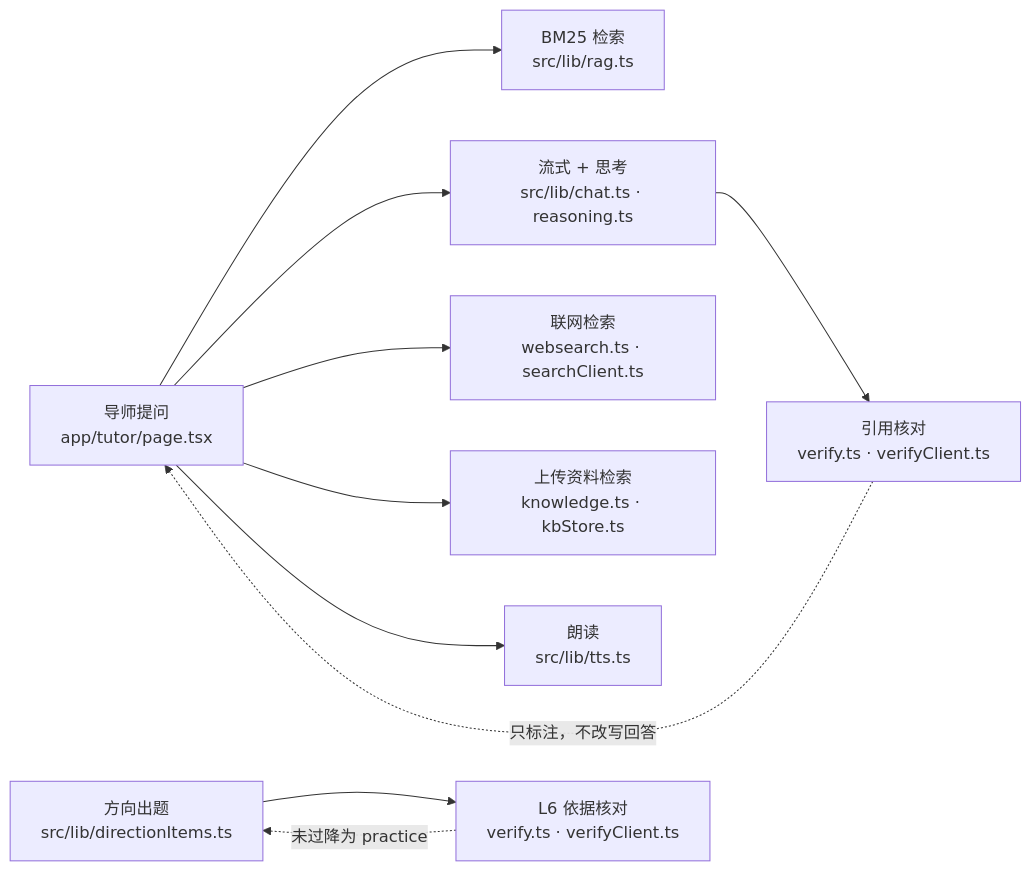
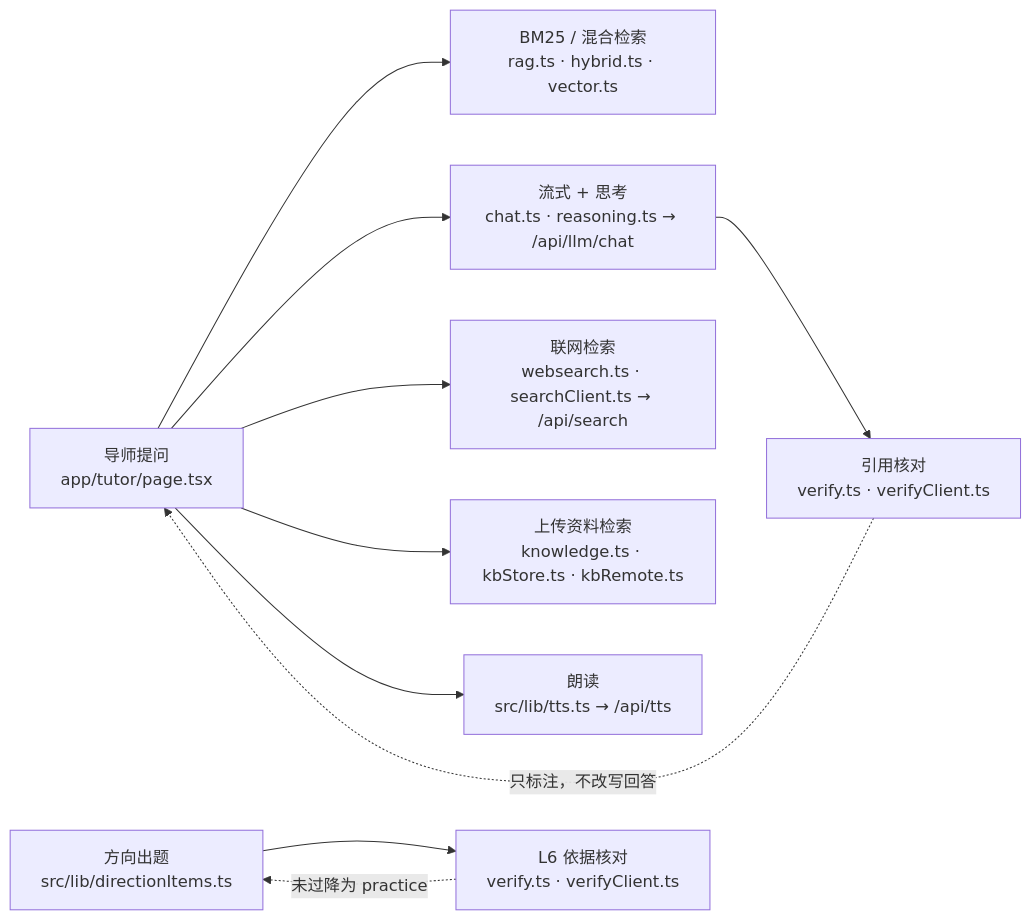
One commit to Jasonsomelike/chuanzhibei-ai-web-adaptive-learning changed the second of 3 diagrams in README.md. Above: the diagram before and after it, drawn with Mermaid. The commit also changed other lines of this file and 111 other files, not shown here.

````diff
--- a/README.md
+++ b/README.md
@@ -46,12 +46,12 @@
 ```mermaid
 flowchart LR
-  Q["导师提问<br/>app/tutor/page.tsx"] --> R["BM25 检索<br/>src/lib/rag.ts"]
-  Q --> S["流式 + 思考<br/>src/lib/chat.ts · reasoning.ts"]
-  Q --> W["联网检索<br/>websearch.ts · searchClient.ts"]
-  Q --> U["上传资料检索<br/>knowledge.ts · kbStore.ts"]
+  Q["导师提问<br/>app/tutor/page.tsx"] --> R["BM25 / 混合检索<br/>rag.ts · hybrid.ts · vector.ts"]
+  Q --> S["流式 + 思考<br/>chat.ts · reasoning.ts → /api/llm/chat"]
+  Q --> W["联网检索<br/>websearch.ts · searchClient.ts → /api/search"]
+  Q --> U["上传资料检索<br/>knowledge.ts · kbStore.ts · kbRemote.ts"]
   S --> V["引用核对<br/>verify.ts · verifyClient.ts"]
   D["方向出题<br/>src/lib/directionItems.ts"] --> L6["L6 依据核对<br/>verify.ts · verifyClient.ts"]
   V -. "只标注，不改写回答" .-> Q
   L6 -. "未过降为 practice" .-> D
-  Q --> TTS["朗读<br/>src/lib/tts.ts"]
+  Q --> TTS["朗读<br/>src/lib/tts.ts → /api/tts"]
 ```
````
